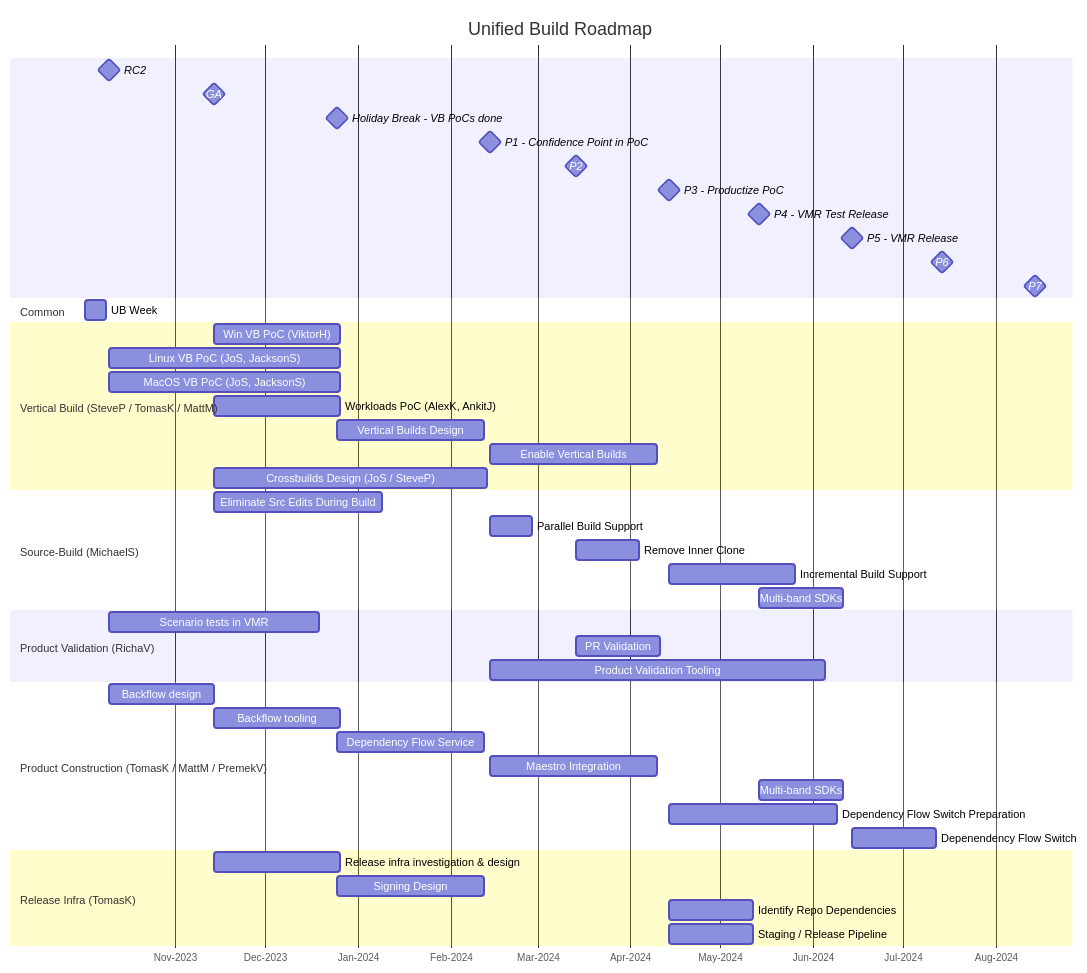
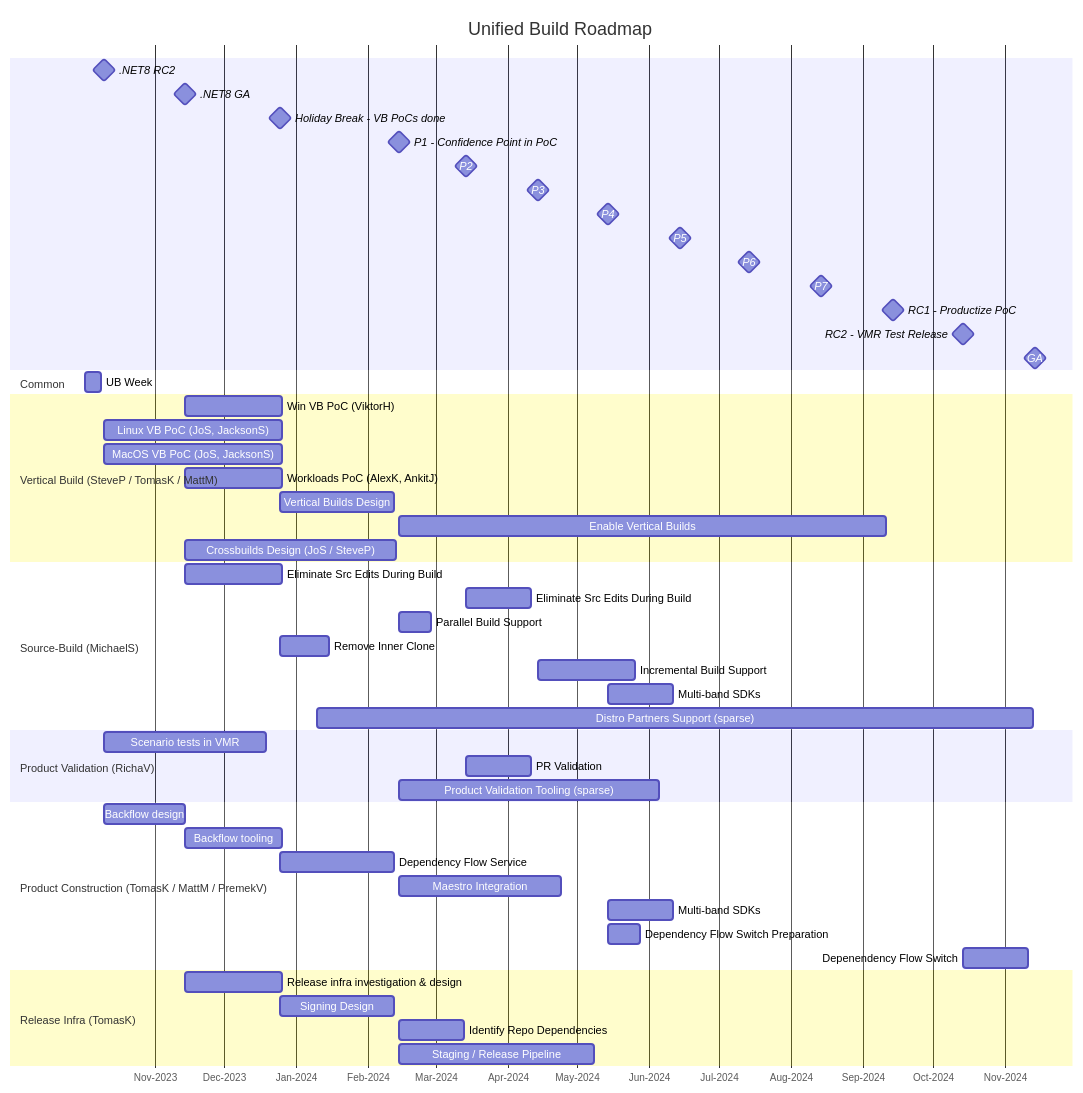
The diagram in Documentation/UnifiedBuild/UB-Roadmap.md (dotnet/arcade), drawn with Mermaid before and after one commit. The commit also changed other lines of this file, not shown here.

Commit message:
Extending the VB work to RC1 in the UB roadmap (#14349)

````diff
--- a/Documentation/UnifiedBuild/UB-Roadmap.md
+++ b/Documentation/UnifiedBuild/UB-Roadmap.md
@@ -3,56 +3,63 @@
 ```mermaid
+
 gantt
     title Unified Build Roadmap
     axisFormat %b-%Y
-    RC2: milestone, net8-rc2, 2023-10-10, 0
-    GA: milestone, net8-ga, 2023-11-14, 0
+    .NET8 RC2: milestone, net8-rc2, 2023-10-10, 0
+    .NET8 GA: milestone, net8-ga, 2023-11-14, 0
     Holiday Break - VB PoCs done: milestone, holiday, 2023-12-25, 0
     %% delta between Holiday and P1 is 7w
+    %% the release dates are all 14th so that the task lengths can be expressed in whole weeks and still match the preview points
     P1 - Confidence Point in PoC: milestone, net9-p1, 2024-02-14, 0
     P2: milestone, net9-p2, 2024-03-14, 0
-    P3 - Productize PoC: milestone, net9-p3, 2024-04-14, 0
-    P4 - VMR Test Release: milestone, net9-p4, 2024-05-14, 0
-    P5 - VMR Release: milestone, net9-p5, 2024-06-14, 0
+    P3: milestone, net9-p3, 2024-04-14, 0
+    P4: milestone, net9-p4, 2024-05-14, 0
+    P5: milestone, net9-p5, 2024-06-14, 0
     P6: milestone, net9-p6, 2024-07-14, 0
     P7: milestone, net9-p7, 2024-08-14, 0
- 
+    RC1 - Productize PoC: milestone, net9-rc1, 2024-09-14, 0
+    RC2 - VMR Test Release: milestone, net9-rc2, 2024-10-14, 0
+    GA: milestone, net9-ga, 2024-11-14, 0
+
     section Common
         UB Week: ub-week, 2023-10-02, 1w
 
     section Vertical Build (SteveP / TomasK / MattM)
         Win VB PoC (ViktorH): after net8-ga, 6w
         Linux VB PoC (JoS, JacksonS): after net8-rc2, 11w
         MacOS VB PoC (JoS, JacksonS): after net8-rc2, 11w
         Workloads PoC (AlexK, AnkitJ): after net8-ga, 6w
         Vertical Builds Design: after holiday, 7w
-        Enable Vertical Builds: after net9-p1, 8w
+        Enable Vertical Builds: after net9-p1, 30w
         Crossbuilds Design (JoS / SteveP): after net8-ga, 13w
 
     section Source-Build (MichaelS)
-        Eliminate Src Edits During Build: after net8-ga, 8w
+        Eliminate Src Edits During Build: after net8-ga, 6w
+        Eliminate Src Edits During Build: after net9-p2, 4w
         Parallel Build Support: after net9-p1, 2w
-        Remove Inner Clone: after net9-p2, 3w
+        Remove Inner Clone: after holiday, 3w
         Incremental Build Support: after net9-p3, 6w
         Multi-band SDKs: after net9-p4, 4w
+        Distro Partners Support (sparse): after holidays, 44w
+
 
     section Product Validation (RichaV)
         Scenario tests in VMR: after net8-rc2, 10w
         PR Validation: after net9-p2, 4w
-        Product Validation Tooling: after net9-p1, 16w
+        Product Validation Tooling (sparse): after net9-p1, 16w
 
     section Product Construction (TomasK / MattM / PremekV)
         Backflow design: after net8-rc2, 5w
         Backflow tooling: after net8-ga, 6w
         Dependency Flow Service: after holiday, 7w
-        Maestro Integration: after net9-p1, 8w
-
+        Maestro Integration: after net9-p1, 10w
         Multi-band SDKs: after net9-p4, 4w
-        Dependency Flow Switch Preparation: after net9-p3, 8w
-        Depenendency Flow Switch: after net9-p5, 4w
+        Dependency Flow Switch Preparation: after net9-p4, 2w
+        Depenendency Flow Switch: after net9-rc2, 4w
 
     section Release Infra (TomasK)
         Release infra investigation & design: after net8-ga, 6w
         Signing Design: after holiday, 7w
-        Identify Repo Dependencies: after net9-p3, 4w
-        Staging / Release Pipeline: after net9-p3, 4w
+        Identify Repo Dependencies: after net9-p1, 4w
+        Staging / Release Pipeline: after net9-p1, 12w
 ```
````
